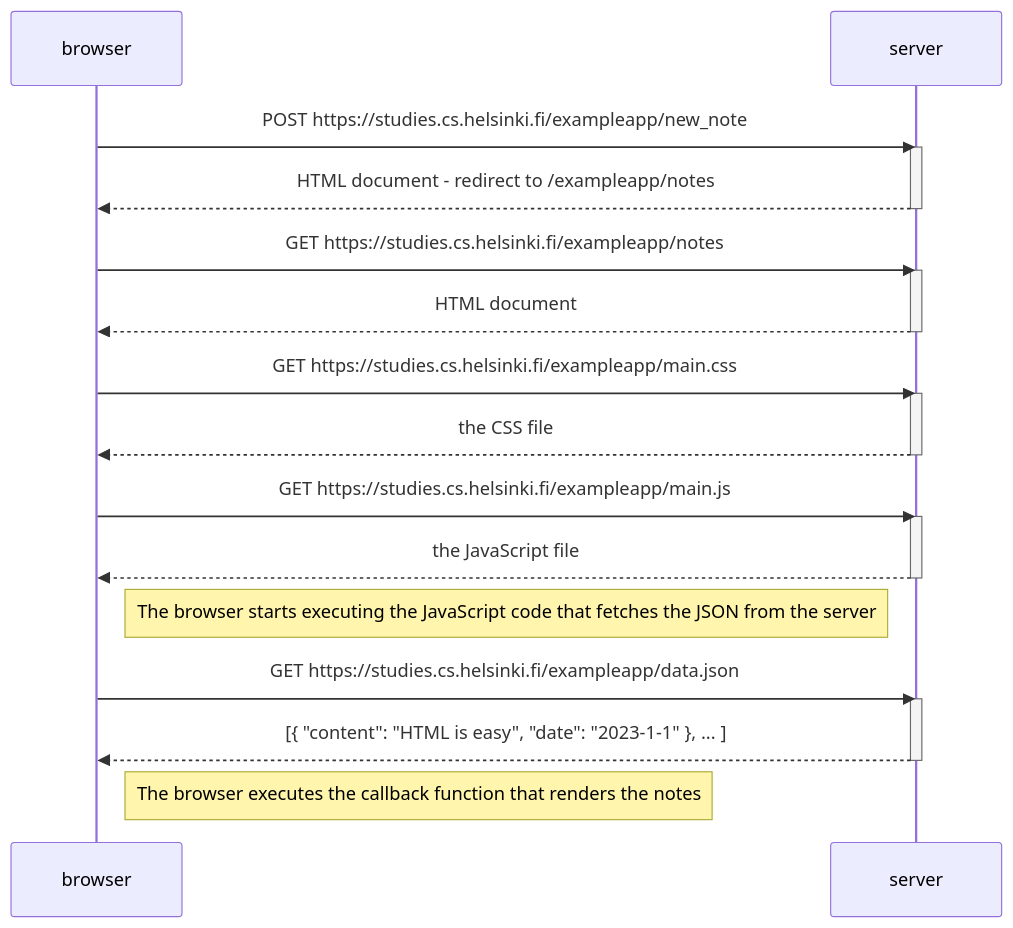
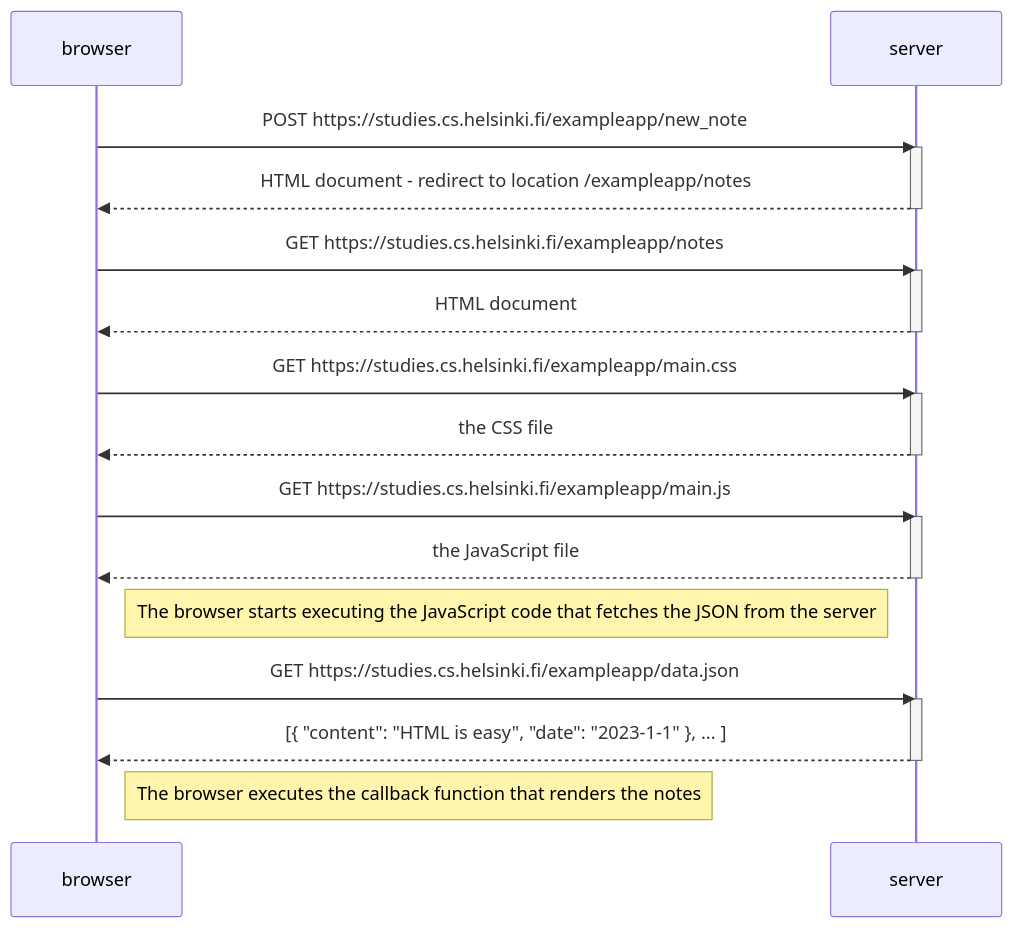
One commit to ada-only-one-ada/full-stack-open changed the diagram in part0/4-new-note-diagram.md. Above: the diagram before and after it, drawn with Mermaid.

````diff
--- a/part0/4-new-note-diagram.md
+++ b/part0/4-new-note-diagram.md
@@ -1,35 +1,35 @@
 ```mermaid
 sequenceDiagram
     participant browser
     participant server
 
     browser->>server: POST https://studies.cs.helsinki.fi/exampleapp/new_note
     activate server
-    server-->>browser: HTML document - redirect to /exampleapp/notes
+    server-->>browser: HTML document - redirect to location /exampleapp/notes
     deactivate server
 
     browser->>server: GET https://studies.cs.helsinki.fi/exampleapp/notes
     activate server
     server-->>browser: HTML document
     deactivate server
 
     browser->>server: GET https://studies.cs.helsinki.fi/exampleapp/main.css
     activate server
     server-->>browser: the CSS file
     deactivate server
 
     browser->>server: GET https://studies.cs.helsinki.fi/exampleapp/main.js
     activate server
     server-->>browser: the JavaScript file
     deactivate server
 
     Note right of browser: The browser starts executing the JavaScript code that fetches the JSON from the server
 
     browser->>server: GET https://studies.cs.helsinki.fi/exampleapp/data.json
     activate server
     server-->>browser: [{ "content": "HTML is easy", "date": "2023-1-1" }, ... ]
     deactivate server
 
     Note right of browser: The browser executes the callback function that renders the notes
     
 ```
````
